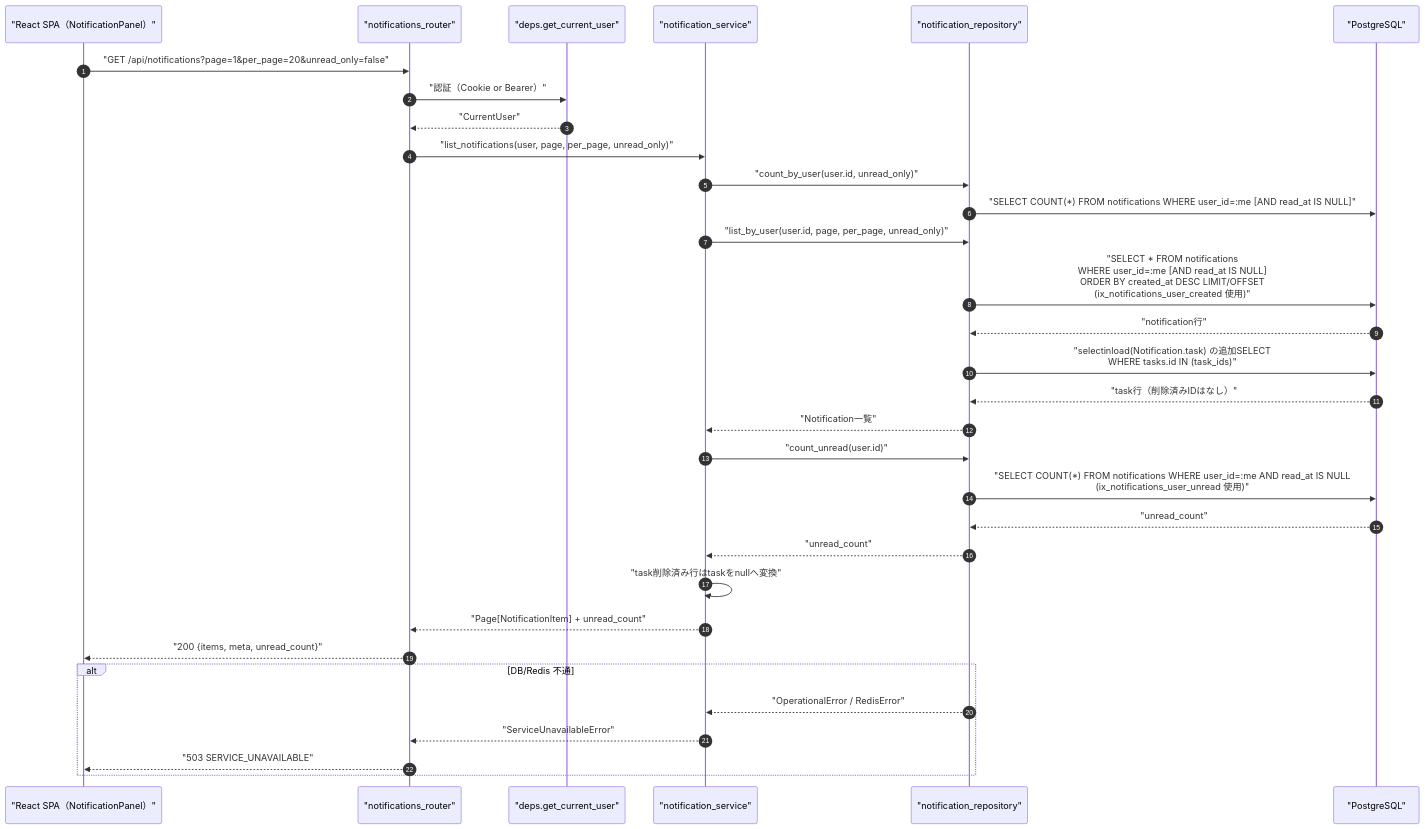
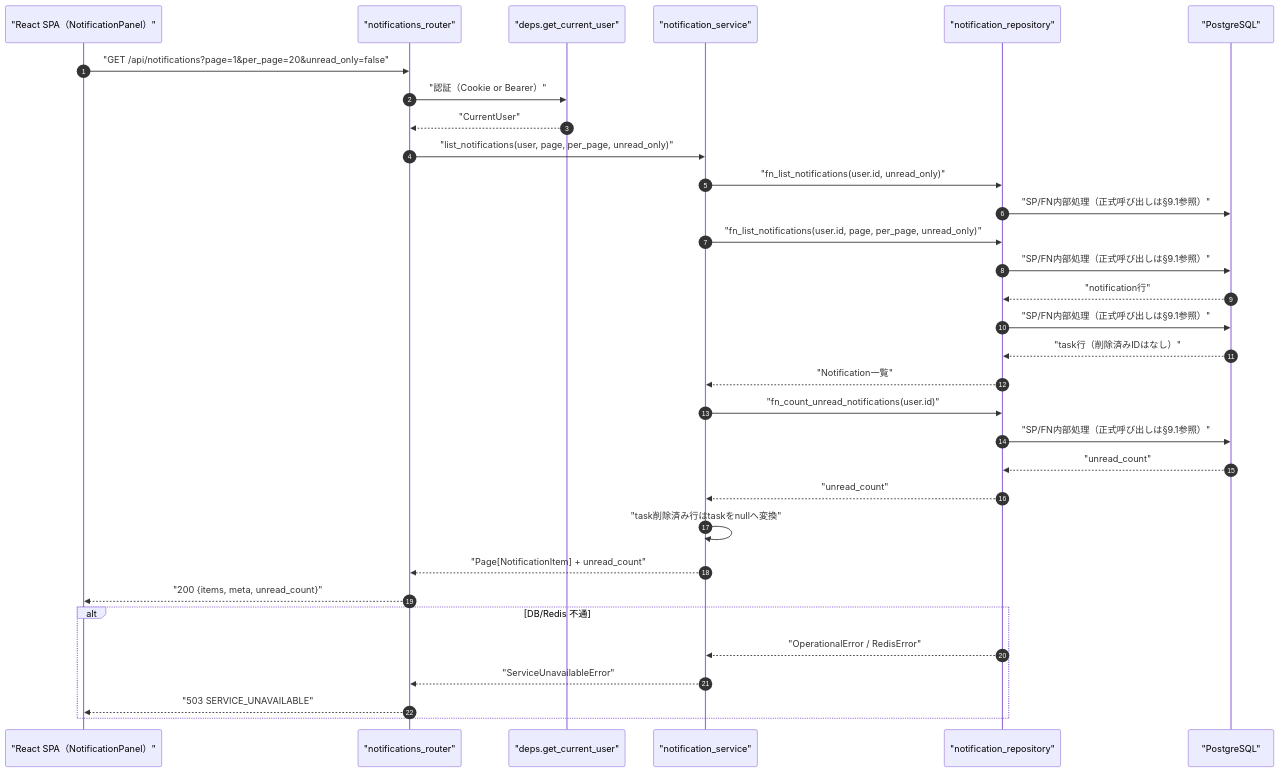
The first of 4 diagrams in detailed_design/api/notifications/01_get_notifications.md (oikawa-d/task_management), drawn with Mermaid before and after one commit. The commit also changed other lines of this file and 58 other files, not shown here.

````diff
--- a/detailed_design/api/notifications/01_get_notifications.md
+++ b/detailed_design/api/notifications/01_get_notifications.md
@@ -101,35 +101,35 @@
 ```mermaid
 sequenceDiagram
     autonumber
     participant FE as "React SPA（NotificationPanel）"
     participant R as "notifications_router"
     participant D as "deps.get_current_user"
     participant S as "notification_service"
     participant NR as "notification_repository"
     participant PG as "PostgreSQL"
 
     FE->>R: "GET /api/notifications?page=1&per_page=20&unread_only=false"
     R->>D: "認証（Cookie or Bearer）"
     D-->>R: "CurrentUser"
     R->>S: "list_notifications(user, page, per_page, unread_only)"
-    S->>NR: "count_by_user(user.id, unread_only)"
-    NR->>PG: "SELECT COUNT(*) FROM notifications WHERE user_id=:me [AND read_at IS NULL]"
-    S->>NR: "list_by_user(user.id, page, per_page, unread_only)"
-    NR->>PG: "SELECT * FROM notifications<br/>WHERE user_id=:me [AND read_at IS NULL]<br/>ORDER BY created_at DESC LIMIT/OFFSET<br/>(ix_notifications_user_created 使用)"
+    S->>NR: "fn_list_notifications(user.id, unread_only)"
+    NR->>PG: "SP/FN内部処理（正式呼び出しは§9.1参照）"
+    S->>NR: "fn_list_notifications(user.id, page, per_page, unread_only)"
+    NR->>PG: "SP/FN内部処理（正式呼び出しは§9.1参照）"
     PG-->>NR: "notification行"
-    NR->>PG: "selectinload(Notification.task) の追加SELECT<br/>WHERE tasks.id IN (task_ids)"
+    NR->>PG: "SP/FN内部処理（正式呼び出しは§9.1参照）"
     PG-->>NR: "task行（削除済みIDはなし）"
     NR-->>S: "Notification一覧"
-    S->>NR: "count_unread(user.id)"
-    NR->>PG: "SELECT COUNT(*) FROM notifications WHERE user_id=:me AND read_at IS NULL<br/>(ix_notifications_user_unread 使用)"
+    S->>NR: "fn_count_unread_notifications(user.id)"
+    NR->>PG: "SP/FN内部処理（正式呼び出しは§9.1参照）"
     PG-->>NR: "unread_count"
     NR-->>S: "unread_count"
     S->>S: "task削除済み行はtaskをnullへ変換"
     S-->>R: "Page[NotificationItem] + unread_count"
     R-->>FE: "200 {items, meta, unread_count}"
     alt DB/Redis 不通
         NR-->>S: "OperationalError / RedisError"
         S-->>R: "ServiceUnavailableError"
         R-->>FE: "503 SERVICE_UNAVAILABLE"
     end
 ```
````
